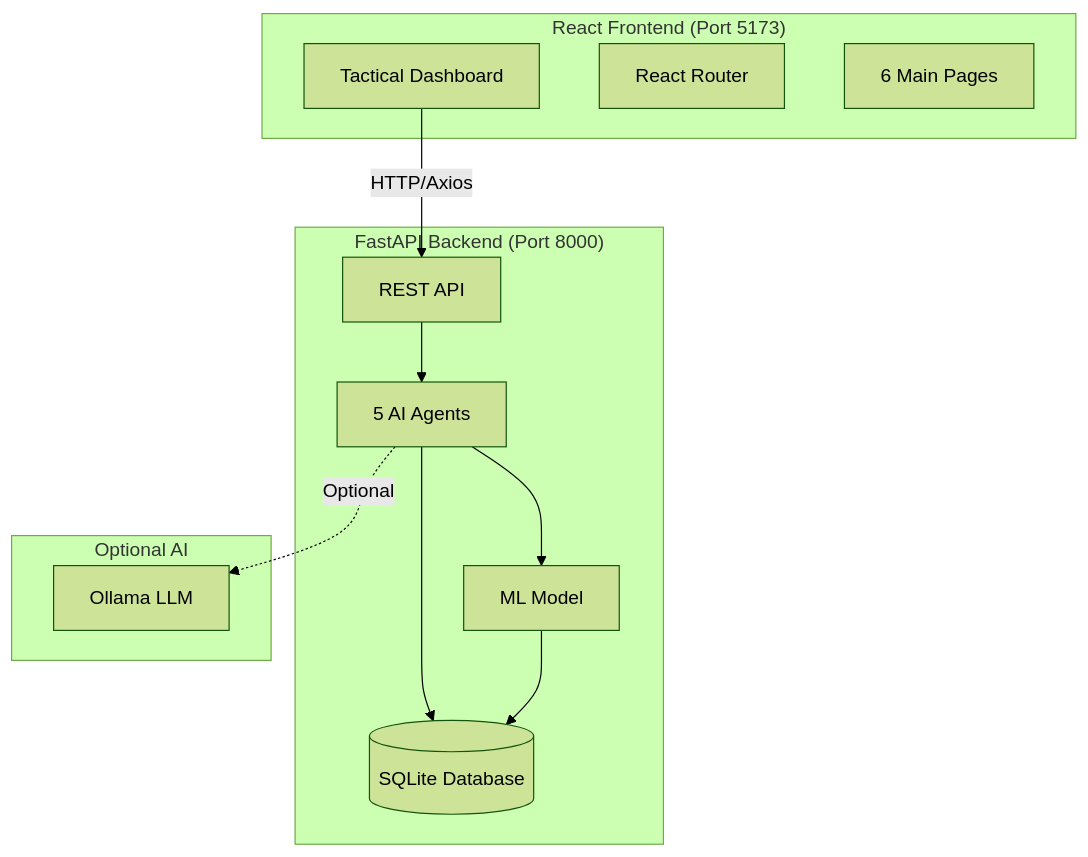
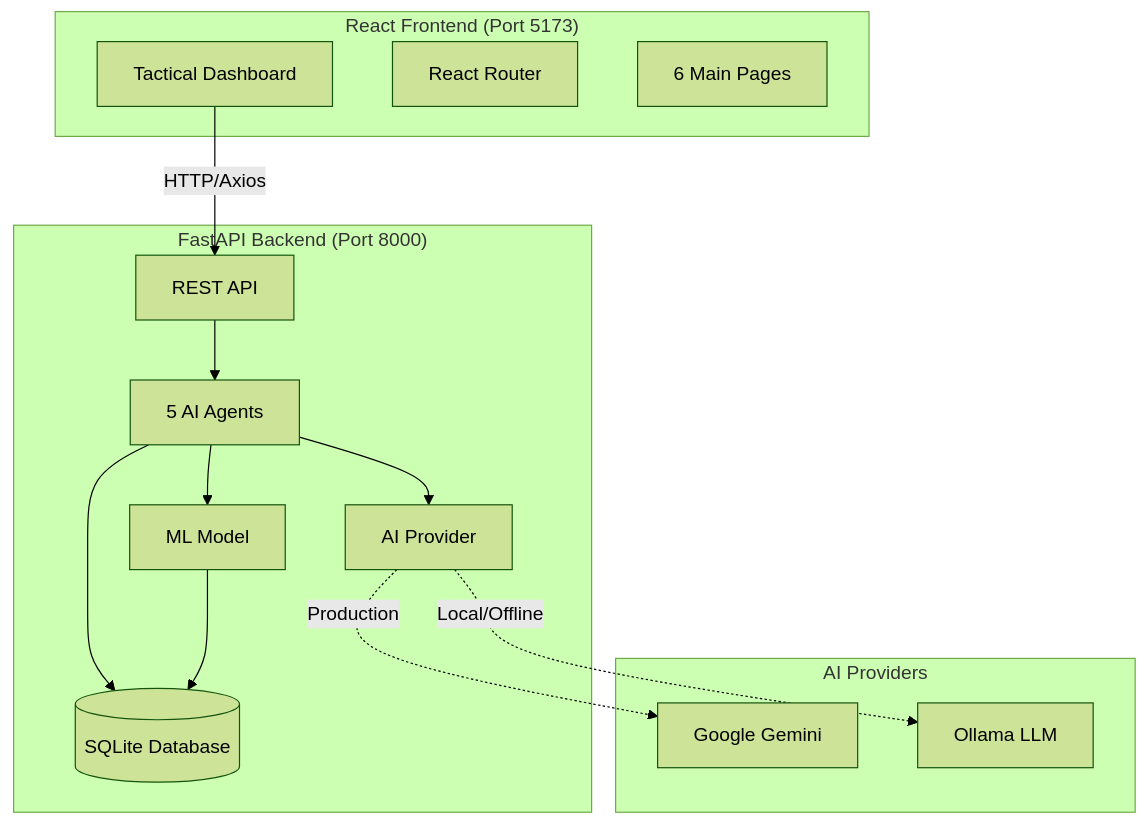
Before and after one commit to SaiVarunPappla/ANVIKSHAKA-X: the first of 4 diagrams in README.md, drawn with Mermaid (forest theme). The commit also changed other lines of this file and 8 other files, not shown here.

````diff
--- a/README.md
+++ b/README.md
@@ -24,26 +24,30 @@
 ```mermaid
 graph TB
     subgraph Frontend["React Frontend (Port 5173)"]
         UI[Tactical Dashboard]
         Router[React Router]
         Pages[6 Main Pages]
     end
     
     subgraph Backend["FastAPI Backend (Port 8000)"]
         API[REST API]
         Agents[5 AI Agents]
         DB[(SQLite Database)]
         ML[ML Model]
+        AIProvider[AI Provider]
     end
     
-    subgraph External["Optional AI"]
+    subgraph External["AI Providers"]
+        Gemini[Google Gemini]
         Ollama[Ollama LLM]
     end
     
     UI -->|HTTP/Axios| API
     API --> Agents
+    Agents --> AIProvider
+    AIProvider -.->|Production| Gemini
+    AIProvider -.->|Local/Offline| Ollama
     Agents --> DB
-    Agents -.->|Optional| Ollama
     Agents --> ML
     ML --> DB
 ```
````
